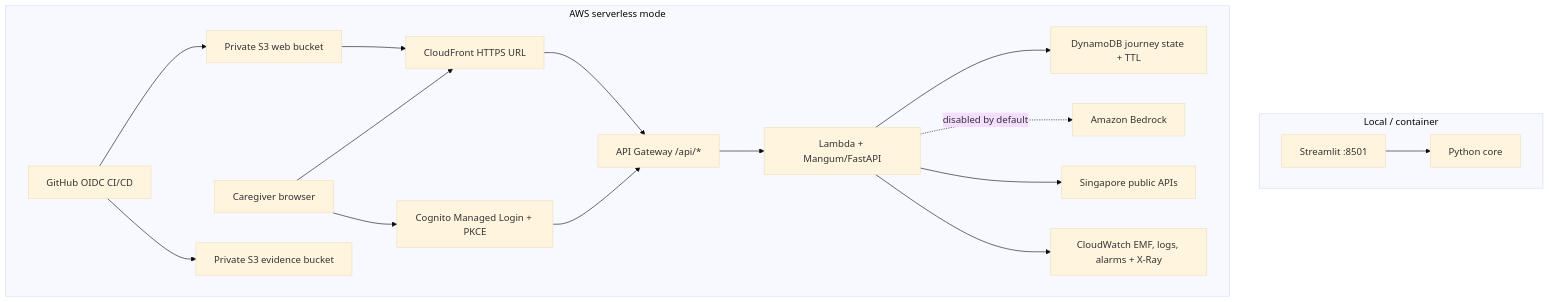
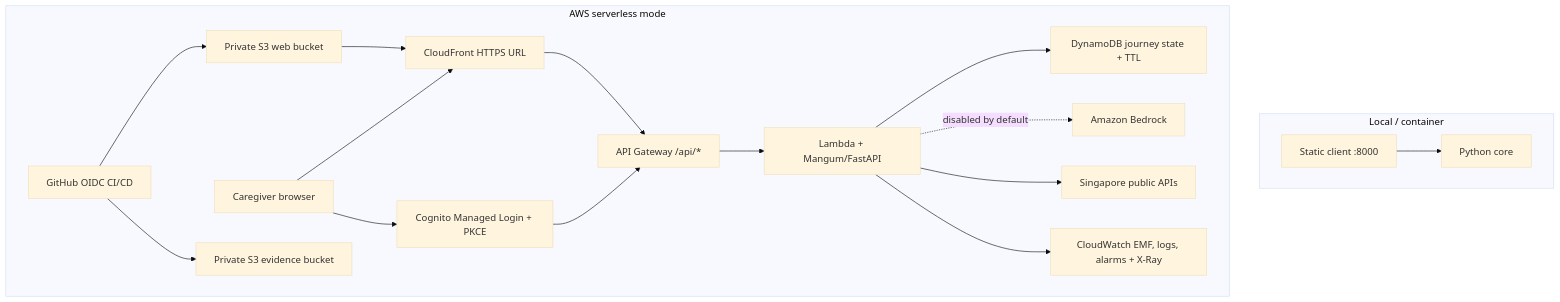
Before and after one commit to BarneyLaw/simplify-next: the second of 2 diagrams in ARCHITECTURE.md, drawn with Mermaid (base theme). The commit also changed other lines of this file and 7 other files, not shown here.

````diff
--- a/ARCHITECTURE.md
+++ b/ARCHITECTURE.md
@@ -106,20 +106,20 @@
 ```mermaid
 flowchart TB
     subgraph Local[Local / container]
-      ST[Streamlit :8501] --> CORE[Python core]
+      SC[Static client :8000] --> CORE[Python core]
     end
     subgraph AWS[AWS serverless mode]
       CI[GitHub OIDC CI/CD] --> WB[Private S3 web bucket]
       WB --> CF[CloudFront HTTPS URL]
       USER[Caregiver browser] --> CF
       USER --> COG[Cognito Managed Login + PKCE]
       CF --> APIGW[API Gateway /api/*]
       COG --> APIGW
       APIGW --> LF[Lambda + Mangum/FastAPI]
       LF --> DB[DynamoDB journey state + TTL]
       LF -. disabled by default .-> BR[Amazon Bedrock]
       LF --> EXT[Singapore public APIs]
       LF --> CW[CloudWatch EMF, logs, alarms + X-Ray]
       CI --> S3[Private S3 evidence bucket]
     end
 ```
````
